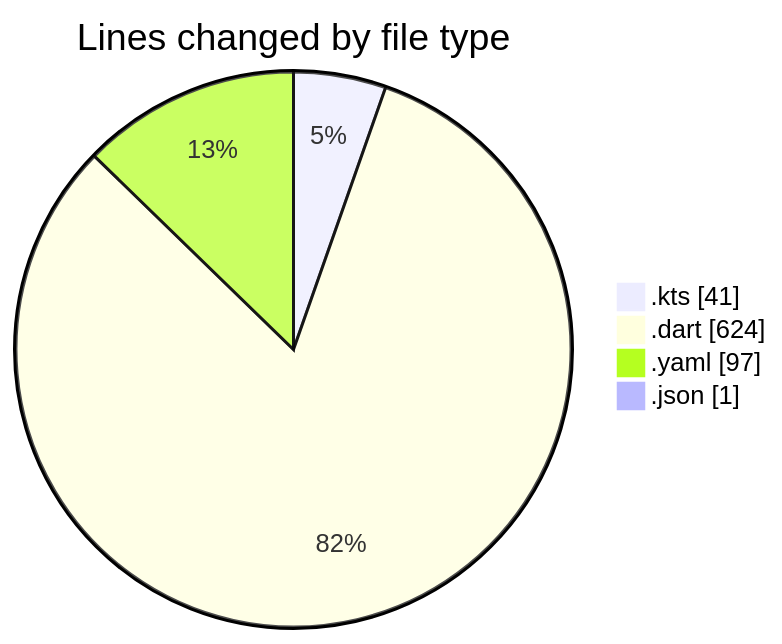
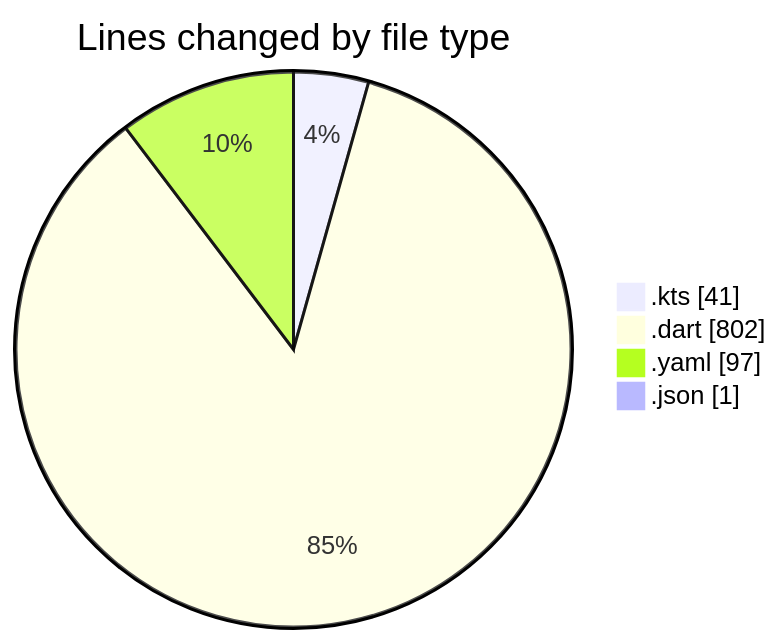
The first of 2 diagrams in 2025-10-20/weather_insights_app/README.md (donsfak/code-tracking), drawn with Mermaid before and after one commit. The commit also changed other lines of this file and 1 other file, not shown here.

````diff
--- a/2025-10-20/weather_insights_app/README.md
+++ b/2025-10-20/weather_insights_app/README.md
@@ -26,8 +26,8 @@
 ```mermaid
 pie showData
 title Lines changed by file type
 ".kts" : 41
-".dart" : 624
+".dart" : 802
 ".yaml" : 97
 ".json" : 1
 ```
````
